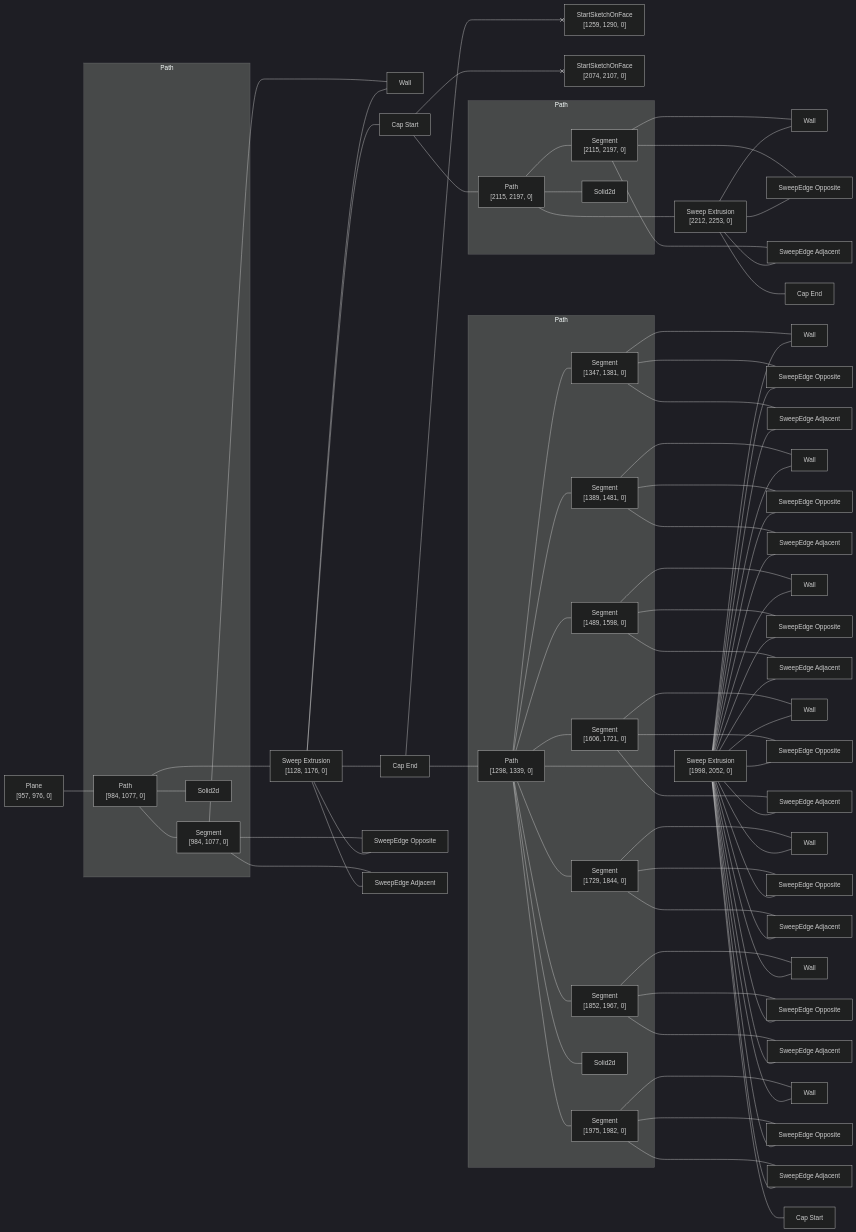
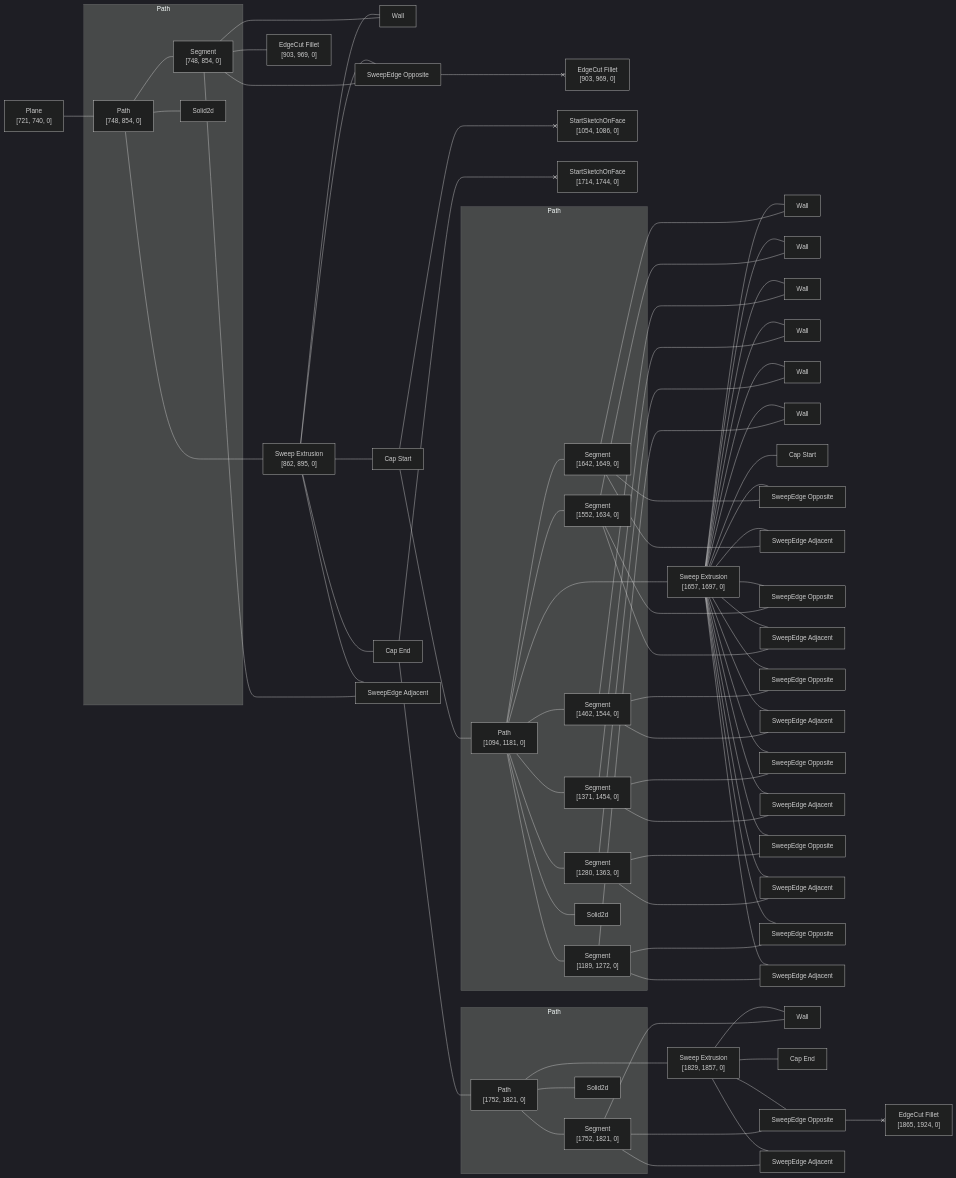
The diagram in rust/kcl-lib/tests/kcl_samples/socket-head-cap-screw/artifact_graph_flowchart.snap.md (KittyCAD/modeling-app), drawn with Mermaid (dark theme) before and after one commit. The commit also changed 25 other files, not shown here.

````diff
--- a/rust/kcl-lib/tests/kcl_samples/socket-head-cap-screw/artifact_graph_flowchart.snap.md
+++ b/rust/kcl-lib/tests/kcl_samples/socket-head-cap-screw/artifact_graph_flowchart.snap.md
@@ -1,35 +1,35 @@
 ```mermaid
 flowchart LR
   subgraph path2 [Path]
-    2["Path<br>[984, 1077, 0]"]
-    3["Segment<br>[984, 1077, 0]"]
+    2["Path<br>[748, 854, 0]"]
+    3["Segment<br>[748, 854, 0]"]
     4[Solid2d]
   end
-  subgraph path11 [Path]
-    11["Path<br>[1298, 1339, 0]"]
-    12["Segment<br>[1347, 1381, 0]"]
-    13["Segment<br>[1389, 1481, 0]"]
-    14["Segment<br>[1489, 1598, 0]"]
-    15["Segment<br>[1606, 1721, 0]"]
-    16["Segment<br>[1729, 1844, 0]"]
-    17["Segment<br>[1852, 1967, 0]"]
-    18["Segment<br>[1975, 1982, 0]"]
-    19[Solid2d]
+  subgraph path13 [Path]
+    13["Path<br>[1094, 1181, 0]"]
+    14["Segment<br>[1189, 1272, 0]"]
+    15["Segment<br>[1280, 1363, 0]"]
+    16["Segment<br>[1371, 1454, 0]"]
+    17["Segment<br>[1462, 1544, 0]"]
+    18["Segment<br>[1552, 1634, 0]"]
+    19["Segment<br>[1642, 1649, 0]"]
+    20[Solid2d]
   end
-  subgraph path43 [Path]
-    43["Path<br>[2115, 2197, 0]"]
-    44["Segment<br>[2115, 2197, 0]"]
-    45[Solid2d]
+  subgraph path41 [Path]
+    41["Path<br>[1752, 1821, 0]"]
+    42["Segment<br>[1752, 1821, 0]"]
+    43[Solid2d]
   end
-  1["Plane<br>[957, 976, 0]"]
-  5["Sweep Extrusion<br>[1128, 1176, 0]"]
+  1["Plane<br>[721, 740, 0]"]
+  5["Sweep Extrusion<br>[862, 895, 0]"]
   6[Wall]
   7["Cap Start"]
   8["Cap End"]
   9["SweepEdge Opposite"]
   10["SweepEdge Adjacent"]
-  20["Sweep Extrusion<br>[1998, 2052, 0]"]
-  21[Wall]
+  11["EdgeCut Fillet<br>[903, 969, 0]"]
+  12["EdgeCut Fillet<br>[903, 969, 0]"]
+  21["Sweep Extrusion<br>[1657, 1697, 0]"]
   22[Wall]
   23[Wall]
   24[Wall]
@@ -49,15 +49,14 @@
   38["SweepEdge Adjacent"]
   39["SweepEdge Opposite"]
   40["SweepEdge Adjacent"]
-  41["SweepEdge Opposite"]
-  42["SweepEdge Adjacent"]
-  46["Sweep Extrusion<br>[2212, 2253, 0]"]
-  47[Wall]
-  48["Cap End"]
-  49["SweepEdge Opposite"]
-  50["SweepEdge Adjacent"]
-  51["StartSketchOnFace<br>[1259, 1290, 0]"]
-  52["StartSketchOnFace<br>[2074, 2107, 0]"]
+  44["Sweep Extrusion<br>[1829, 1857, 0]"]
+  45[Wall]
+  46["Cap End"]
+  47["SweepEdge Opposite"]
+  48["SweepEdge Adjacent"]
+  49["EdgeCut Fillet<br>[1865, 1924, 0]"]
+  50["StartSketchOnFace<br>[1054, 1086, 0]"]
+  51["StartSketchOnFace<br>[1714, 1744, 0]"]
   1 --- 2
   2 --- 3
   2 ---- 5
@@ -65,75 +64,71 @@
   3 --- 6
   3 --- 9
   3 --- 10
+  3 --- 11
   5 --- 6
   5 --- 7
   5 --- 8
   5 --- 9
   5 --- 10
-  7 --- 43
-  8 --- 11
-  11 --- 12
-  11 --- 13
-  11 --- 14
-  11 --- 15
-  11 --- 16
-  11 --- 17
-  11 --- 18
-  11 ---- 20
-  11 --- 19
-  12 --- 27
-  12 --- 41
-  12 --- 42
-  13 --- 26
-  13 --- 39
-  13 --- 40
-  14 --- 25
-  14 --- 37
-  14 --- 38
-  15 --- 24
-  15 --- 35
-  15 --- 36
-  16 --- 23
-  16 --- 33
-  16 --- 34
-  17 --- 22
-  17 --- 31
-  17 --- 32
-  18 --- 21
-  18 --- 29
-  18 --- 30
-  20 --- 21
-  20 --- 22
-  20 --- 23
-  20 --- 24
-  20 --- 25
-  20 --- 26
-  20 --- 27
-  20 --- 28
-  20 --- 29
-  20 --- 30
-  20 --- 31
-  20 --- 32
-  20 --- 33
-  20 --- 34
-  20 --- 35
-  20 --- 36
-  20 --- 37
-  20 --- 38
-  20 --- 39
-  20 --- 40
-  20 --- 41
-  20 --- 42
-  43 --- 44
-  43 ---- 46
-  43 --- 45
+  7 --- 13
+  8 --- 41
+  9 <--x 12
+  13 --- 14
+  13 --- 15
+  13 --- 16
+  13 --- 17
+  13 --- 18
+  13 --- 19
+  13 ---- 21
+  13 --- 20
+  14 --- 27
+  14 --- 39
+  14 --- 40
+  15 --- 26
+  15 --- 37
+  15 --- 38
+  16 --- 25
+  16 --- 35
+  16 --- 36
+  17 --- 24
+  17 --- 33
+  17 --- 34
+  18 --- 23
+  18 --- 31
+  18 --- 32
+  19 --- 22
+  19 --- 29
+  19 --- 30
+  21 --- 22
+  21 --- 23
+  21 --- 24
+  21 --- 25
+  21 --- 26
+  21 --- 27
+  21 --- 28
+  21 --- 29
+  21 --- 30
+  21 --- 31
+  21 --- 32
+  21 --- 33
+  21 --- 34
+  21 --- 35
+  21 --- 36
+  21 --- 37
+  21 --- 38
+  21 --- 39
+  21 --- 40
+  41 --- 42
+  41 ---- 44
+  41 --- 43
+  42 --- 45
+  42 --- 47
+  42 --- 48
+  44 --- 45
+  44 --- 46
   44 --- 47
-  44 --- 49
-  44 --- 50
-  46 --- 47
-  46 --- 48
-  46 --- 49
-  46 --- 50
+  44 --- 48
+  47 <--x 49
+  7 <--x 50
   8 <--x 51
-  7 <--x 52
 ```
````
